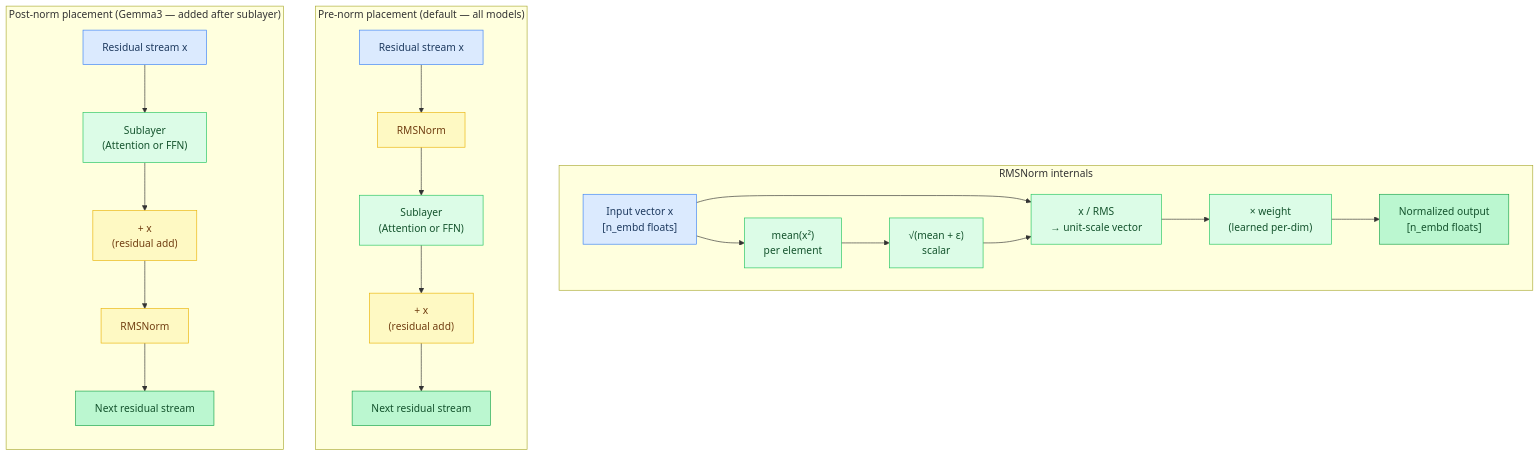
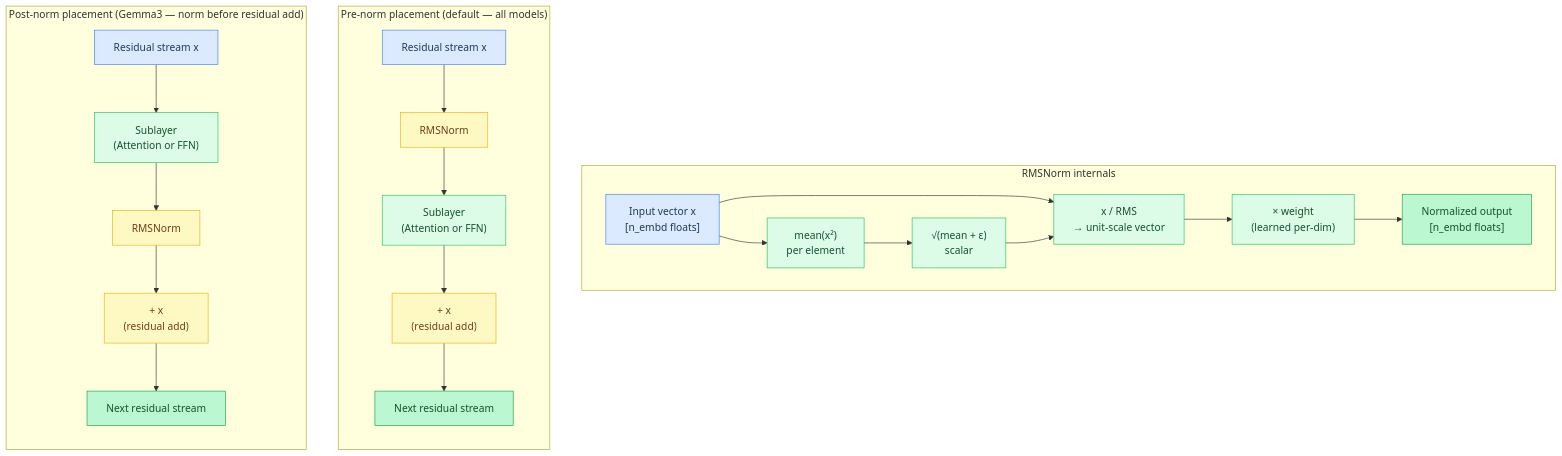
One commit to maci0/agave changed the eighth of 9 diagrams in docs/tutorial/02-the-transformer.md. Above: the diagram before and after it, drawn with Mermaid. The commit also changed 28 other files, not shown here.

````diff
--- a/docs/tutorial/02-the-transformer.md
+++ b/docs/tutorial/02-the-transformer.md
@@ -583,52 +583,52 @@
 ```mermaid
 flowchart TD
     classDef setup     fill:#dbeafe,stroke:#3b82f6,color:#1e3a5f
     classDef sync      fill:#dcfce7,stroke:#22c55e,color:#14532d
     classDef migration fill:#fef9c3,stroke:#eab308,color:#713f12
     classDef success   fill:#bbf7d0,stroke:#16a34a,color:#14532d
     classDef danger    fill:#fee2e2,stroke:#ef4444,color:#7f1d1d
     classDef optional  fill:#f3e8ff,stroke:#9333ea,color:#581c87
 
     X["Input vector x\n[n_embd floats]"]:::setup
     SqMean["mean(x²)\nper element"]:::sync
     RMS["√(mean + ε)\nscalar"]:::sync
     Divide["x / RMS\n→ unit-scale vector"]:::sync
     Scale["× weight\n(learned per-dim)"]:::sync
     Out["Normalized output\n[n_embd floats]"]:::success
     PNResid["Residual stream x"]:::setup
     PNNorm["RMSNorm"]:::migration
     PNSub["Sublayer\n(Attention or FFN)"]:::sync
     PNAdd["+ x\n(residual add)"]:::migration
     PNOut["Next residual stream"]:::success
     PoResid["Residual stream x"]:::setup
     PoSub["Sublayer\n(Attention or FFN)"]:::sync
     PoAdd["+ x\n(residual add)"]:::migration
     PoNorm["RMSNorm"]:::migration
     PoOut["Next residual stream"]:::success
 
     subgraph Internal["RMSNorm internals"]
         direction LR
         X --> SqMean
         SqMean --> RMS
         X --> Divide
         RMS --> Divide
         Divide --> Scale
         Scale --> Out
     end
 
     subgraph PreNorm["Pre-norm placement (default — all models)"]
         direction TB
         PNResid --> PNNorm
         PNNorm --> PNSub
         PNSub --> PNAdd
         PNAdd --> PNOut
     end
 
-    subgraph PostNorm["Post-norm placement (Gemma3 — added after sublayer)"]
+    subgraph PostNorm["Post-norm placement (Gemma3 — norm before residual add)"]
         direction TB
         PoResid --> PoSub
-        PoSub --> PoAdd
-        PoAdd --> PoNorm
-        PoNorm --> PoOut
+        PoSub --> PoNorm
+        PoNorm --> PoAdd
+        PoAdd --> PoOut
     end
 ```
````
